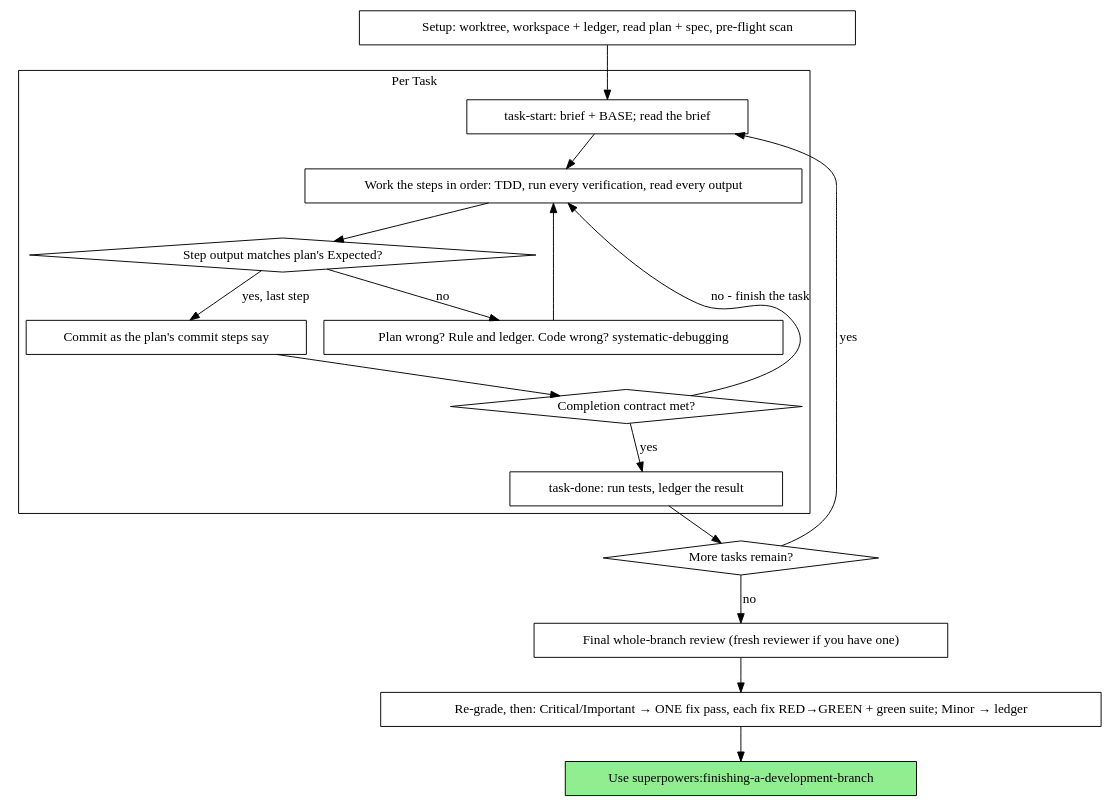
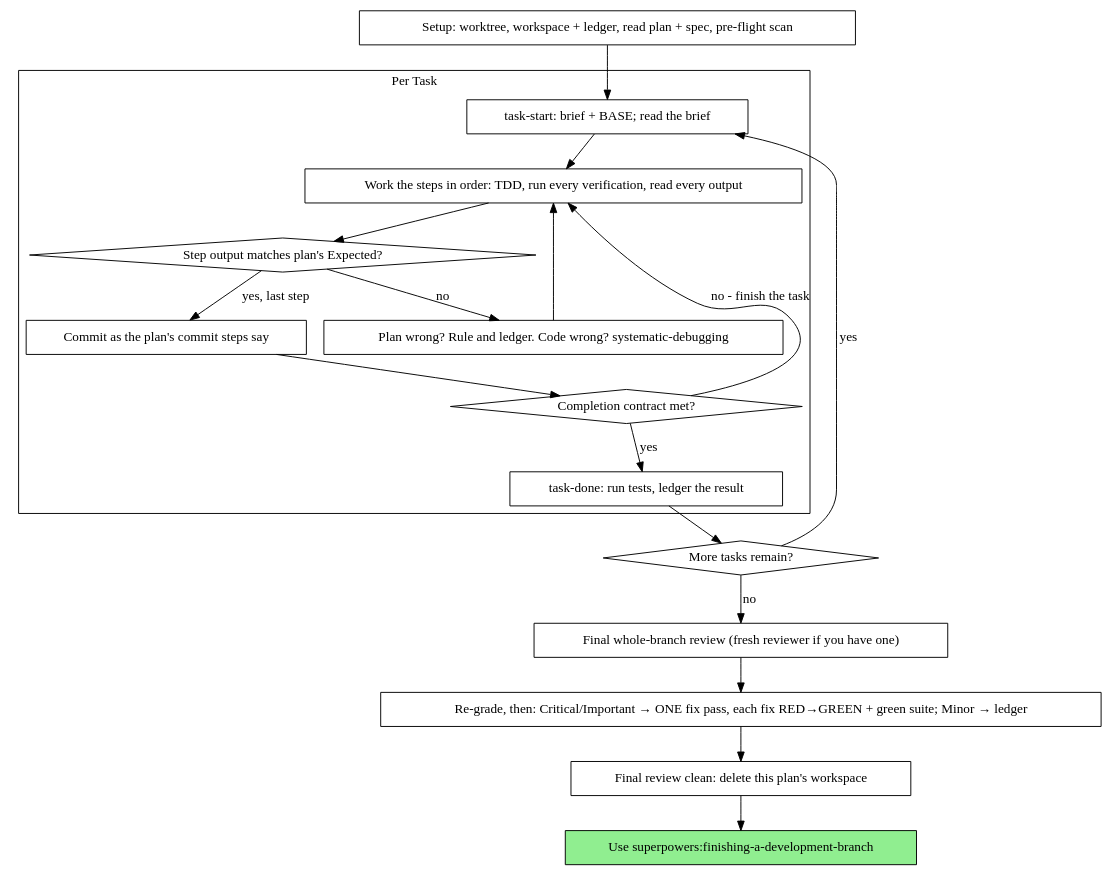
Before and after one commit to obra/superpowers: the diagram in skills/executing-plans/SKILL.md, drawn with Graphviz. The commit also changed other lines of this file and 4 other files, not shown here.

````diff
--- a/skills/executing-plans/SKILL.md
+++ b/skills/executing-plans/SKILL.md
@@ -68,37 +68,39 @@
 ```dot
 digraph process {
     rankdir=TB;
 
     subgraph cluster_per_task {
         label="Per Task";
         "task-start: brief + BASE; read the brief" [shape=box];
         "Work the steps in order: TDD, run every verification, read every output" [shape=box];
         "Step output matches plan's Expected?" [shape=diamond];
         "Plan wrong? Rule and ledger. Code wrong? systematic-debugging" [shape=box];
         "Commit as the plan's commit steps say" [shape=box];
         "Completion contract met?" [shape=diamond];
         "task-done: run tests, ledger the result" [shape=box];
     }
 
     "Setup: worktree, workspace + ledger, read plan + spec, pre-flight scan" [shape=box];
     "More tasks remain?" [shape=diamond];
     "Final whole-branch review (fresh reviewer if you have one)" [shape=box];
     "Re-grade, then: Critical/Important → ONE fix pass, each fix RED→GREEN + green suite; Minor → ledger" [shape=box];
+    "Final review clean: delete this plan's workspace" [shape=box];
     "Use superpowers:finishing-a-development-branch" [shape=box style=filled fillcolor=lightgreen];
 
     "Setup: worktree, workspace + ledger, read plan + spec, pre-flight scan" -> "task-start: brief + BASE; read the brief";
     "task-start: brief + BASE; read the brief" -> "Work the steps in order: TDD, run every verification, read every output";
     "Work the steps in order: TDD, run every verification, read every output" -> "Step output matches plan's Expected?";
     "Step output matches plan's Expected?" -> "Plan wrong? Rule and ledger. Code wrong? systematic-debugging" [label="no"];
     "Plan wrong? Rule and ledger. Code wrong? systematic-debugging" -> "Work the steps in order: TDD, run every verification, read every output";
     "Step output matches plan's Expected?" -> "Commit as the plan's commit steps say" [label="yes, last step"];
     "Commit as the plan's commit steps say" -> "Completion contract met?";
     "Completion contract met?" -> "Work the steps in order: TDD, run every verification, read every output" [label="no - finish the task"];
     "Completion contract met?" -> "task-done: run tests, ledger the result" [label="yes"];
     "task-done: run tests, ledger the result" -> "More tasks remain?";
     "More tasks remain?" -> "task-start: brief + BASE; read the brief" [label="yes"];
     "More tasks remain?" -> "Final whole-branch review (fresh reviewer if you have one)" [label="no"];
     "Final whole-branch review (fresh reviewer if you have one)" -> "Re-grade, then: Critical/Important → ONE fix pass, each fix RED→GREEN + green suite; Minor → ledger";
-    "Re-grade, then: Critical/Important → ONE fix pass, each fix RED→GREEN + green suite; Minor → ledger" -> "Use superpowers:finishing-a-development-branch";
+    "Re-grade, then: Critical/Important → ONE fix pass, each fix RED→GREEN + green suite; Minor → ledger" -> "Final review clean: delete this plan's workspace";
+    "Final review clean: delete this plan's workspace" -> "Use superpowers:finishing-a-development-branch";
 }
 ```
````
